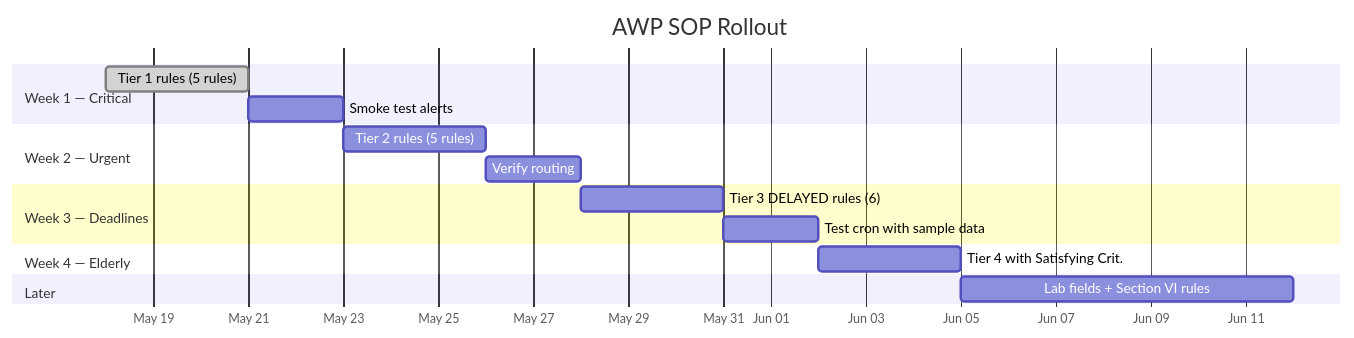
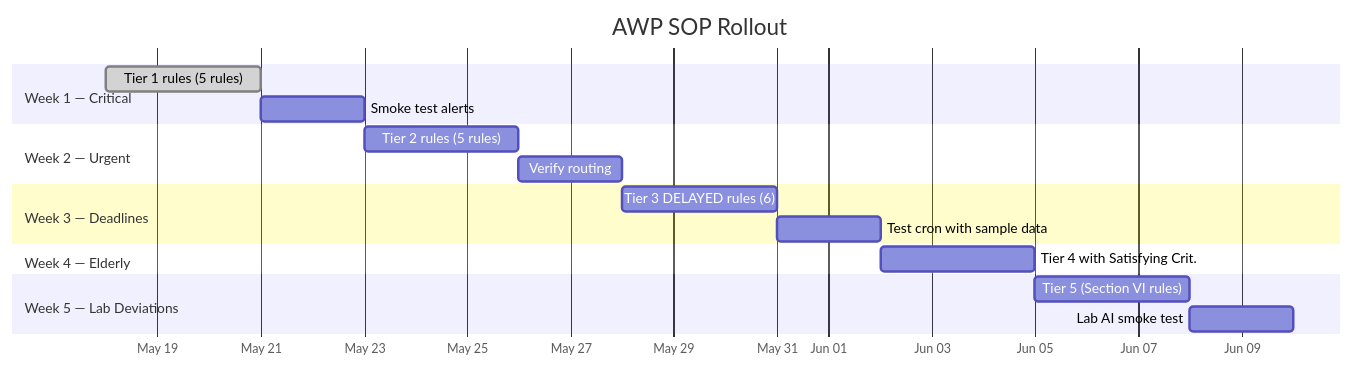
Before and after one commit to jagrutirehab/ERP-Client: the seventh of 7 diagrams in src/pages/SopConfigs/AWP_SOP_SETUP_GUIDE.md, drawn with Mermaid. The commit also changed other lines of this file and 1 other file, not shown here.

````diff
--- a/src/pages/SopConfigs/AWP_SOP_SETUP_GUIDE.md
+++ b/src/pages/SopConfigs/AWP_SOP_SETUP_GUIDE.md
@@ -475,24 +651,25 @@
 ```mermaid
 gantt
     title AWP SOP Rollout
     dateFormat YYYY-MM-DD
     axisFormat %b %d
 
     section Week 1 — Critical
     Tier 1 rules (5 rules)        :done, t1, 2026-05-18, 3d
     Smoke test alerts             :     t1b, after t1, 2d
 
     section Week 2 — Urgent
     Tier 2 rules (5 rules)        :     t2, after t1b, 3d
     Verify routing                :     t2b, after t2, 2d
 
     section Week 3 — Deadlines
     Tier 3 DELAYED rules (6)      :     t3, after t2b, 3d
     Test cron with sample data    :     t3b, after t3, 2d
 
     section Week 4 — Elderly
     Tier 4 with Satisfying Crit.  :     t4, after t3b, 3d
 
-    section Later
-    Lab fields + Section VI rules :     later, after t4, 7d
+    section Week 5 — Lab Deviations
+    Tier 5 (Section VI rules)     :     t5, after t4, 3d
+    Lab AI smoke test             :     t5b, after t5, 2d
 ```
````
